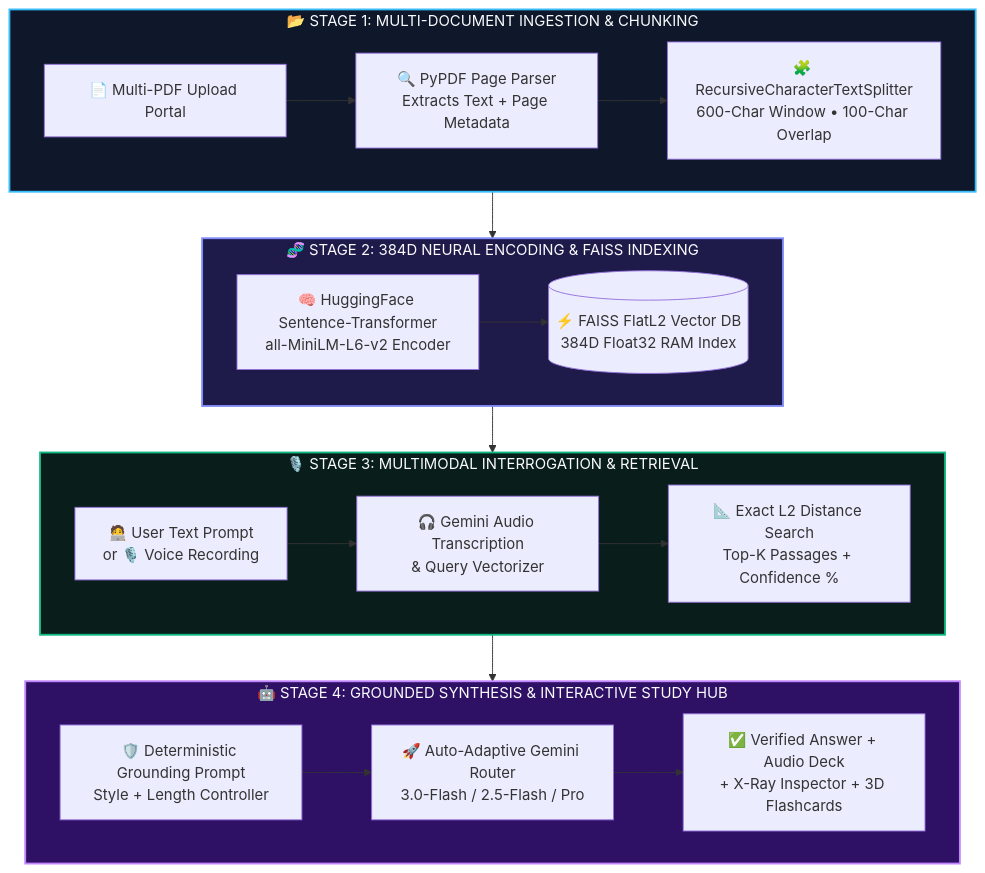
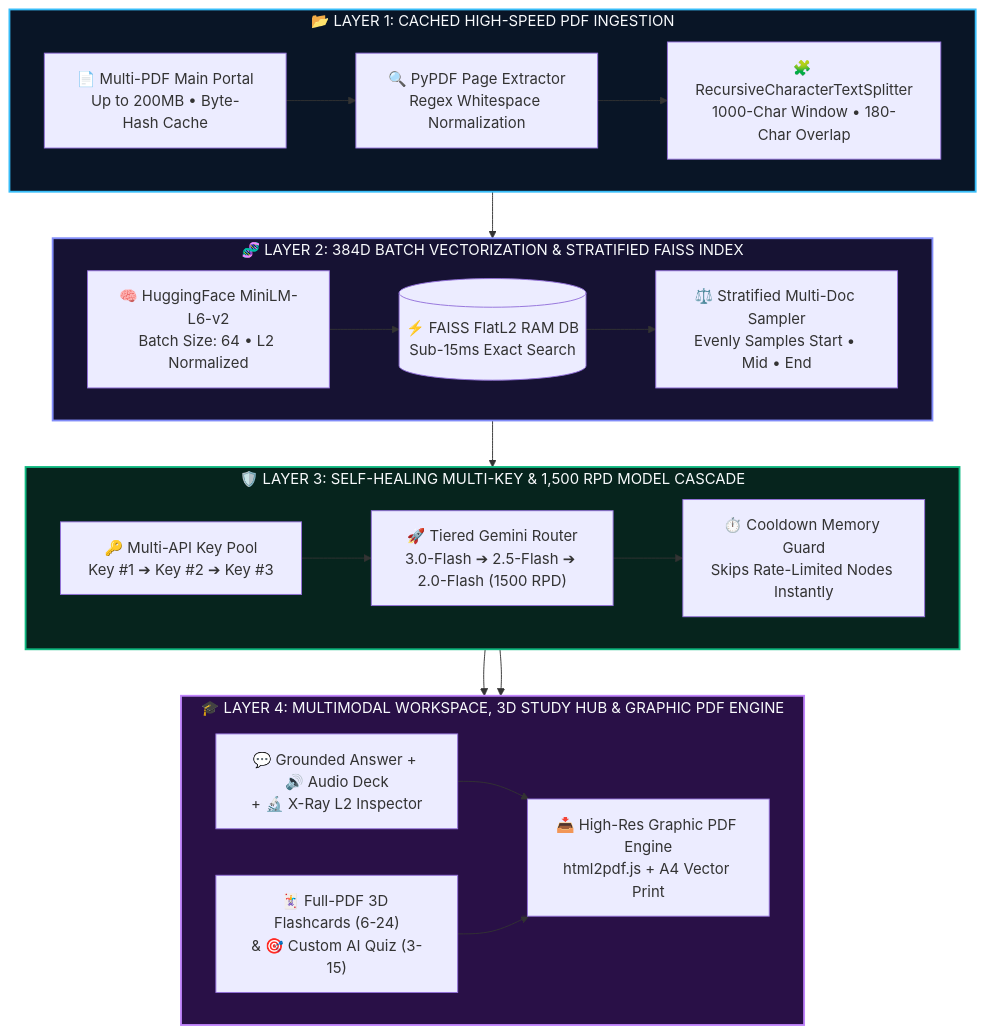
One commit to deeprxx/VeriRAG changed the first of 4 diagrams in README.md. Above: the diagram before and after it, drawn with Mermaid. The commit also changed other lines of this file, not shown here.

````diff
--- a/README.md
+++ b/README.md
@@ -56,33 +67,35 @@
 ```mermaid
 flowchart TB
-    subgraph INGEST ["📂 STAGE 1: MULTI-DOCUMENT INGESTION & CHUNKING"]
+    subgraph S1 ["📂 LAYER 1: CACHED HIGH-SPEED PDF INGESTION"]
         direction LR
-        A["📄 Multi-PDF Upload Portal"] --> B["🔍 PyPDF Page Parser\nExtracts Text + Page Metadata"]
-        B --> C["🧩 RecursiveCharacterTextSplitter\n600-Char Window • 100-Char Overlap"]
+        A["📄 Multi-PDF Main Portal\nUp to 200MB • Byte-Hash Cache"] --> B["🔍 PyPDF Page Extractor\nRegex Whitespace Normalization"]
+        B --> C["🧩 RecursiveCharacterTextSplitter\n1000-Char Window • 180-Char Overlap"]
     end
 
-    subgraph VECTOR ["🧬 STAGE 2: 384D NEURAL ENCODING & FAISS INDEXING"]
+    subgraph S2 ["🧬 LAYER 2: 384D BATCH VECTORIZATION & STRATIFIED FAISS INDEX"]
         direction LR
-        C --> D["🧠 HuggingFace Sentence-Transformer\nall-MiniLM-L6-v2 Encoder"]
-        D --> E[("⚡ FAISS FlatL2 Vector DB\n384D Float32 RAM Index")]
+        C --> D["🧠 HuggingFace MiniLM-L6-v2\nBatch Size: 64 • L2 Normalized"]
+        D --> E[("⚡ FAISS FlatL2 RAM DB\nSub-15ms Exact Search")]
+        E --> F["⚖️ Stratified Multi-Doc Sampler\nEvenly Samples Start • Mid • End"]
     end
 
-    subgraph QUERY ["🎙️ STAGE 3: MULTIMODAL INTERROGATION & RETRIEVAL"]
+    subgraph S3 ["🛡️ LAYER 3: SELF-HEALING MULTI-KEY & 1,500 RPD MODEL CASCADE"]
         direction LR
-        F["🧑‍💻 User Text Prompt\nor 🎙️ Voice Recording"] --> G["🎧 Gemini Audio Transcription\n& Query Vectorizer"]
-        G --> H["📐 Exact L2 Distance Search\nTop-K Passages + Confidence %"]
-        E --> H
+        F --> G["🔑 Multi-API Key Pool\nKey #1 ➔ Key #2 ➔ Key #3"]
+        G --> H["🚀 Tiered Gemini Router\n3.0-Flash ➔ 2.5-Flash ➔ 2.0-Flash (1500 RPD)"]
+        H --> I["⏱️ Cooldown Memory Guard\nSkips Rate-Limited Nodes Instantly"]
     end
 
-    subgraph SYNTH ["🤖 STAGE 4: GROUNDED SYNTHESIS & INTERACTIVE STUDY HUB"]
+    subgraph S4 ["🎓 LAYER 4: MULTIMODAL WORKSPACE, 3D STUDY HUB & GRAPHIC PDF ENGINE"]
         direction LR
-        H --> I["🛡️ Deterministic Grounding Prompt\nStyle + Length Controller"]
-        I --> J["🚀 Auto-Adaptive Gemini Router\n3.0-Flash / 2.5-Flash / Pro"]
-        J --> K["✅ Verified Answer + Audio Deck\n+ X-Ray Inspector + 3D Flashcards"]
+        I --> J["💬 Grounded Answer + 🔊 Audio Deck\n+ 🔬 X-Ray L2 Inspector"]
+        I --> K["🃏 Full-PDF 3D Flashcards (6-24)\n& 🎯 Custom AI Quiz (3-15)"]
+        J --> L["📥 High-Res Graphic PDF Engine\nhtml2pdf.js + A4 Vector Print"]
+        K --> L
     end
 
-    style INGEST fill:#0f172a,stroke:#38bdf8,stroke-width:2px,color:#f8fafc
-    style VECTOR fill:#1e1b4b,stroke:#818cf8,stroke-width:2px,color:#f8fafc
-    style QUERY fill:#091e1a,stroke:#10b981,stroke-width:2px,color:#f8fafc
-    style SYNTH fill:#2e1065,stroke:#c084fc,stroke-width:2px,color:#f8fafc
+    style S1 fill:#091526,stroke:#38bdf8,stroke-width:2px,color:#f8fafc
+    style S2 fill:#161233,stroke:#818cf8,stroke-width:2px,color:#f8fafc
+    style S3 fill:#06241d,stroke:#10b981,stroke-width:2px,color:#f8fafc
+    style S4 fill:#291047,stroke:#c084fc,stroke-width:2px,color:#f8fafc
 ```
````
